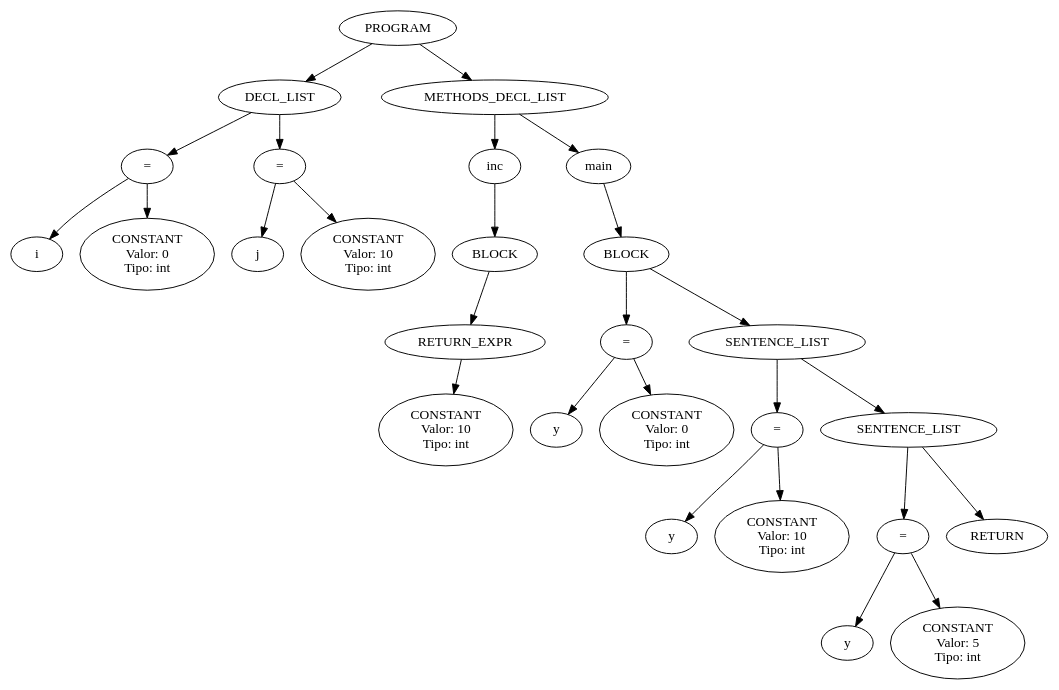
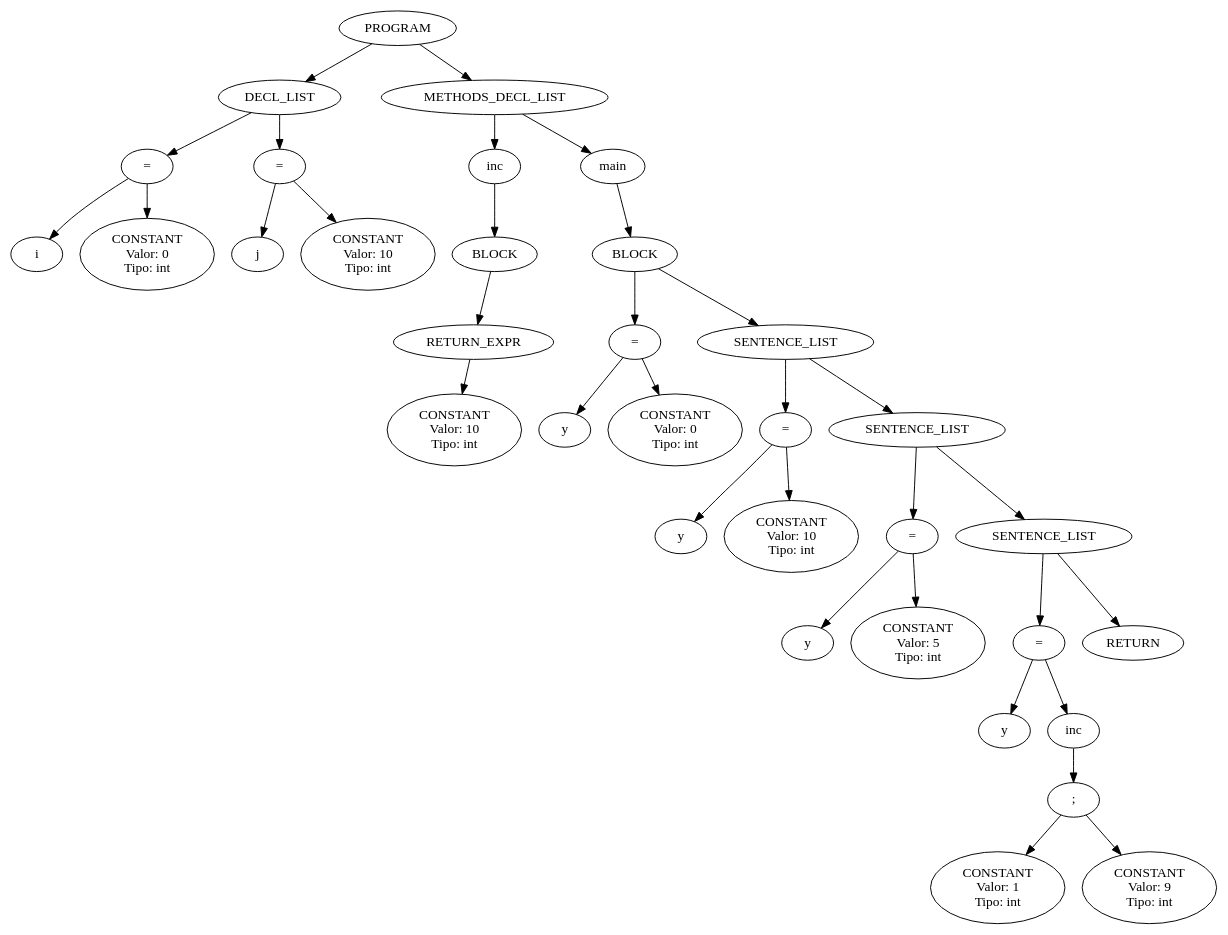
One commit to LucioMansilla/loopi_compiler changed the diagram in ast.dot. Above: the diagram before and after it, drawn with Graphviz. The commit also changed 9 other files, not shown here.

```diff
--- a/ast.dot
+++ b/ast.dot
@@ -1,55 +1,69 @@
 digraph AST {
   0 [label="PROGRAM"];
   1 [label="DECL_LIST"];
   2 [label="="];
   3 [label="i"];
   2 -> 3;
   4 [label="CONSTANT\nValor: 0\nTipo: int"];
   2 -> 4;
   1 -> 2;
   5 [label="="];
   6 [label="j"];
   5 -> 6;
   7 [label="CONSTANT\nValor: 10\nTipo: int"];
   5 -> 7;
   1 -> 5;
   0 -> 1;
   8 [label="METHODS_DECL_LIST"];
   9 [label="inc"];
   10 [label="BLOCK"];
   11 [label="RETURN_EXPR"];
   12 [label="CONSTANT\nValor: 10\nTipo: int"];
   11 -> 12;
   10 -> 11;
   9 -> 10;
   8 -> 9;
   13 [label="main"];
   14 [label="BLOCK"];
   15 [label="="];
   16 [label="y"];
   15 -> 16;
   17 [label="CONSTANT\nValor: 0\nTipo: int"];
   15 -> 17;
   14 -> 15;
   18 [label="SENTENCE_LIST"];
   19 [label="="];
   20 [label="y"];
   19 -> 20;
   21 [label="CONSTANT\nValor: 10\nTipo: int"];
   19 -> 21;
   18 -> 19;
   22 [label="SENTENCE_LIST"];
   23 [label="="];
   24 [label="y"];
   23 -> 24;
   25 [label="CONSTANT\nValor: 5\nTipo: int"];
   23 -> 25;
   22 -> 23;
-  26 [label="RETURN"];
+  26 [label="SENTENCE_LIST"];
+  27 [label="="];
+  28 [label="y"];
+  27 -> 28;
+  29 [label="inc"];
+  30 [label=";"];
+  31 [label="CONSTANT\nValor: 1\nTipo: int"];
+  30 -> 31;
+  32 [label="CONSTANT\nValor: 9\nTipo: int"];
+  30 -> 32;
+  29 -> 30;
+  27 -> 29;
+  26 -> 27;
+  33 [label="RETURN"];
+  26 -> 33;
   22 -> 26;
   18 -> 22;
   14 -> 18;
   13 -> 14;
   8 -> 13;
   0 -> 8;
 }
```
